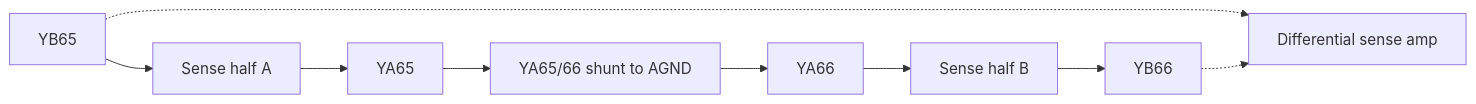
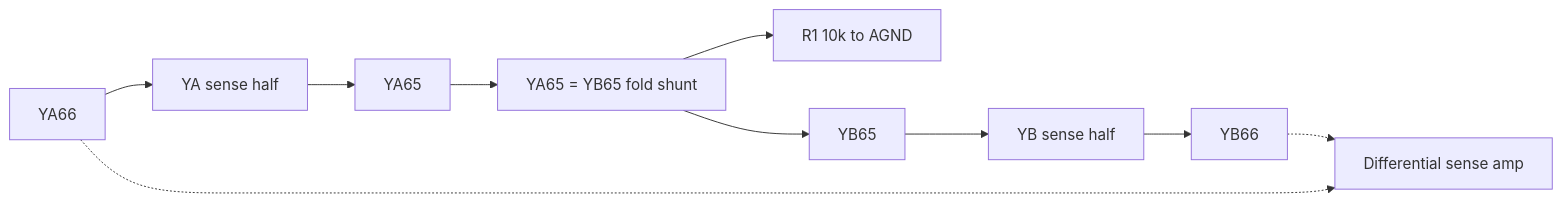
The first of 2 diagrams in docs/theory_of_operation.md (fractalclockwork/core-memory), drawn with Mermaid before and after one commit. The commit also changed other lines of this file and 42 other files, not shown here.

Commit message:
Split the schematic into hierarchical blocks and document the net grammar.

````diff
--- a/docs/theory_of_operation.md
+++ b/docs/theory_of_operation.md
@@ -34,11 +48,12 @@
 ```mermaid
 flowchart LR
-  YB65[YB65] --> ArrayA[Sense half A]
-  ArrayA --> YA65[YA65]
-  YA65 --> Shunt[YA65/66 shunt to AGND]
-  Shunt --> YA66[YA66]
-  YA66 --> ArrayB[Sense half B]
-  ArrayB --> YB66[YB66]
-  YB65 -.-> SenseAmp[Differential sense amp]
+  YA66[YA66] --> ArrayYA[YA sense half]
+  ArrayYA --> YA65[YA65]
+  YA65 --> Shunt["YA65 = YB65 fold shunt"]
+  Shunt --> SoftMid["R1 10k to AGND"]
+  Shunt --> YB65[YB65]
+  YB65 --> ArrayYB[YB sense half]
+  ArrayYB --> YB66[YB66]
+  YA66 -.-> SenseAmp[Differential sense amp]
   YB66 -.-> SenseAmp
 ```
````
